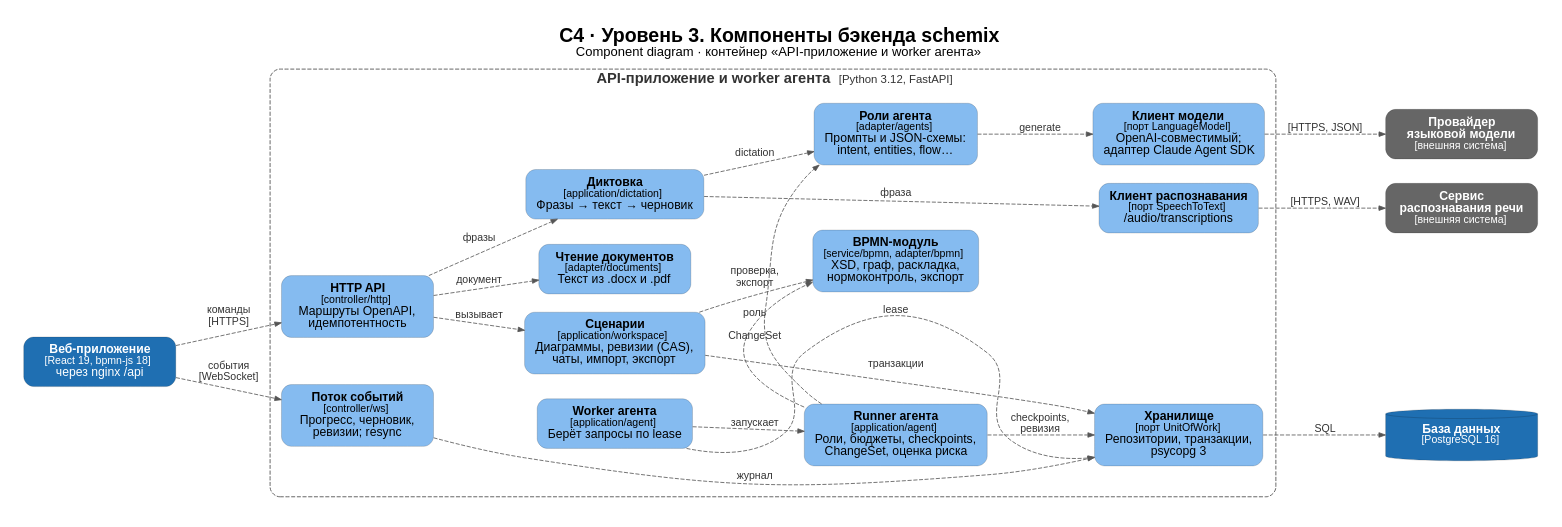
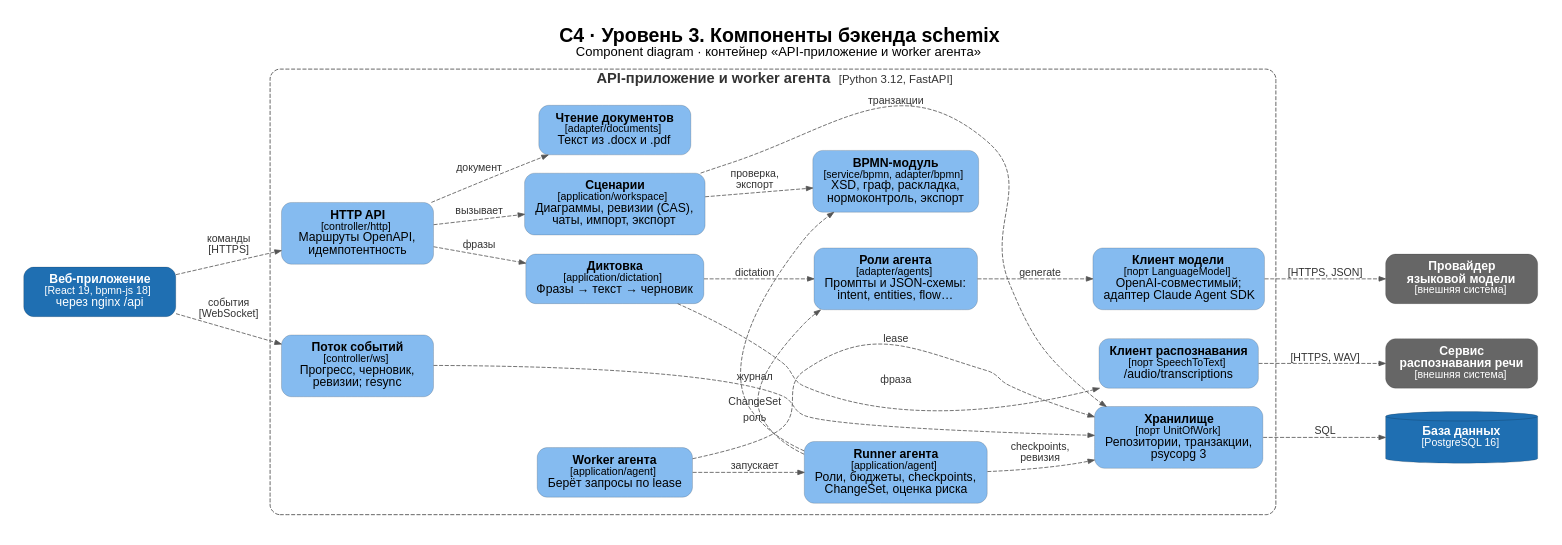
Before and after one commit to ivanGMAI/it-project: the diagram in diagrams/src/06-c4-3-components.dot, drawn with Graphviz. The commit also changed 18 other files, not shown here.

First line of the commit message:
Убрать наложения на диаграммах, добавить проверку

```diff
--- a/diagrams/src/06-c4-3-components.dot
+++ b/diagrams/src/06-c4-3-components.dot
@@ -1,66 +1,66 @@
 // engine: dot
 // C4, уровень 3 — компоненты контейнера «API-приложение и worker агента» (backend/src/bpmn_assistant).
 // Поток слева направо: веб-приложение → контроллеры → сценарии → сервисы и роли → адаптеры → внешние системы.
 // Рассчитана на лист A3 альбомный.
 digraph c4_components {
   graph [rankdir=LR, fontname="Arial", fontsize=24, bgcolor="white", pad=0.3, nodesep=0.3, ranksep=0.75,
          splines=spline, newrank=true,
          label=<<B>C4 · Уровень 3. Компоненты бэкенда schemix</B><BR/><FONT POINT-SIZE="16">Component diagram · контейнер «API-приложение и worker агента»</FONT>>,
          labelloc=t]
   node  [fontname="Arial", fontsize=15, shape=box, style="rounded,filled", color="#00000033",
          fontcolor="black", fillcolor="#85bbf0", margin="0.18,0.12", width=2.6]
   edge  [fontname="Arial", fontsize=13, color="#555555", fontcolor="#333333", arrowsize=0.8, style=dashed]
 
   spa [fillcolor="#1f6fb2", fontcolor="white", label=<<B>Веб-приложение</B><BR/><FONT POINT-SIZE="13">[React 19, bpmn-js 18]</FONT><BR/>через nginx /api>]
 
   subgraph cluster_backend {
     label=<<B>API-приложение и worker агента</B>  <FONT POINT-SIZE="14">[Python 3.12, FastAPI]</FONT>>;
     fontsize=18; fontcolor="#333333"; style="dashed,rounded"; color="#444444"; margin=14
 
     http [label=<<B>HTTP API</B><BR/><FONT POINT-SIZE="13">[controller/http]</FONT><BR/>Маршруты OpenAPI,<BR/>идемпотентность>]
     ws [label=<<B>Поток событий</B><BR/><FONT POINT-SIZE="13">[controller/ws]</FONT><BR/>Прогресс, черновик,<BR/>ревизии; resync>]
 
     workspace [label=<<B>Сценарии</B><BR/><FONT POINT-SIZE="13">[application/workspace]</FONT><BR/>Диаграммы, ревизии (CAS),<BR/>чаты, импорт, экспорт>]
     dictation [label=<<B>Диктовка</B><BR/><FONT POINT-SIZE="13">[application/dictation]</FONT><BR/>Фразы → текст → черновик>]
     worker [label=<<B>Worker агента</B><BR/><FONT POINT-SIZE="13">[application/agent]</FONT><BR/>Берёт запросы по lease>]
     docs [label=<<B>Чтение документов</B><BR/><FONT POINT-SIZE="13">[adapter/documents]</FONT><BR/>Текст из .docx и .pdf>]
 
     runner [label=<<B>Runner агента</B><BR/><FONT POINT-SIZE="13">[application/agent]</FONT><BR/>Роли, бюджеты, checkpoints,<BR/>ChangeSet, оценка риска>]
     roles [label=<<B>Роли агента</B><BR/><FONT POINT-SIZE="13">[adapter/agents]</FONT><BR/>Промпты и JSON-схемы:<BR/>intent, entities, flow…>]
     bpmn [label=<<B>BPMN-модуль</B><BR/><FONT POINT-SIZE="13">[service/bpmn, adapter/bpmn]</FONT><BR/>XSD, граф, раскладка,<BR/>нормоконтроль, экспорт>]
 
     llmc [label=<<B>Клиент модели</B><BR/><FONT POINT-SIZE="13">[порт LanguageModel]</FONT><BR/>OpenAI-совместимый;<BR/>адаптер Claude Agent SDK>]
     sttc [label=<<B>Клиент распознавания</B><BR/><FONT POINT-SIZE="13">[порт SpeechToText]</FONT><BR/>/audio/transcriptions>]
     repo [label=<<B>Хранилище</B><BR/><FONT POINT-SIZE="13">[порт UnitOfWork]</FONT><BR/>Репозитории, транзакции,<BR/>psycopg 3>]
 
     { rank=same; http; ws }
     { rank=same; workspace; dictation; worker; docs }
-    { rank=same; runner; roles; bpmn }
+    { rank=same; roles -> bpmn -> runner [style=invis] }
     { rank=same; llmc; sttc; repo }
   }
 
   llm [fillcolor="#666666", fontcolor="white", label=<<B>Провайдер<BR/>языковой модели</B><BR/><FONT POINT-SIZE="13">[внешняя система]</FONT>>]
   stt [fillcolor="#666666", fontcolor="white", label=<<B>Сервис<BR/>распознавания речи</B><BR/><FONT POINT-SIZE="13">[внешняя система]</FONT>>]
   db [shape=cylinder, style="filled", fillcolor="#1f6fb2", fontcolor="white", label=<<B>База данных</B><BR/><FONT POINT-SIZE="13">[PostgreSQL 16]</FONT>>]
   { rank=same; llm; stt; db }
 
   spa -> http [label="команды\n[HTTPS]"]
   spa -> ws [label="события\n[WebSocket]"]
   http -> workspace [label="вызывает"]
   http -> dictation [label="фразы"]
   http -> docs [label="документ"]
   worker -> runner [label="запускает"]
   runner -> roles [label="роль"]
   runner -> bpmn [label="ChangeSet"]
   workspace -> bpmn [label="проверка,\nэкспорт"]
   dictation -> roles [label="dictation"]
   dictation -> sttc [label="фраза"]
   roles -> llmc [label="generate"]
   runner -> repo [label="checkpoints,\nревизия"]
   workspace -> repo [label="транзакции"]
   ws -> repo [label="журнал"]
   worker -> repo [label="lease", constraint=false]
   repo -> db [label="SQL"]
   llmc -> llm [label="[HTTPS, JSON]"]
   sttc -> stt [label="[HTTPS, WAV]"]
 }
```
